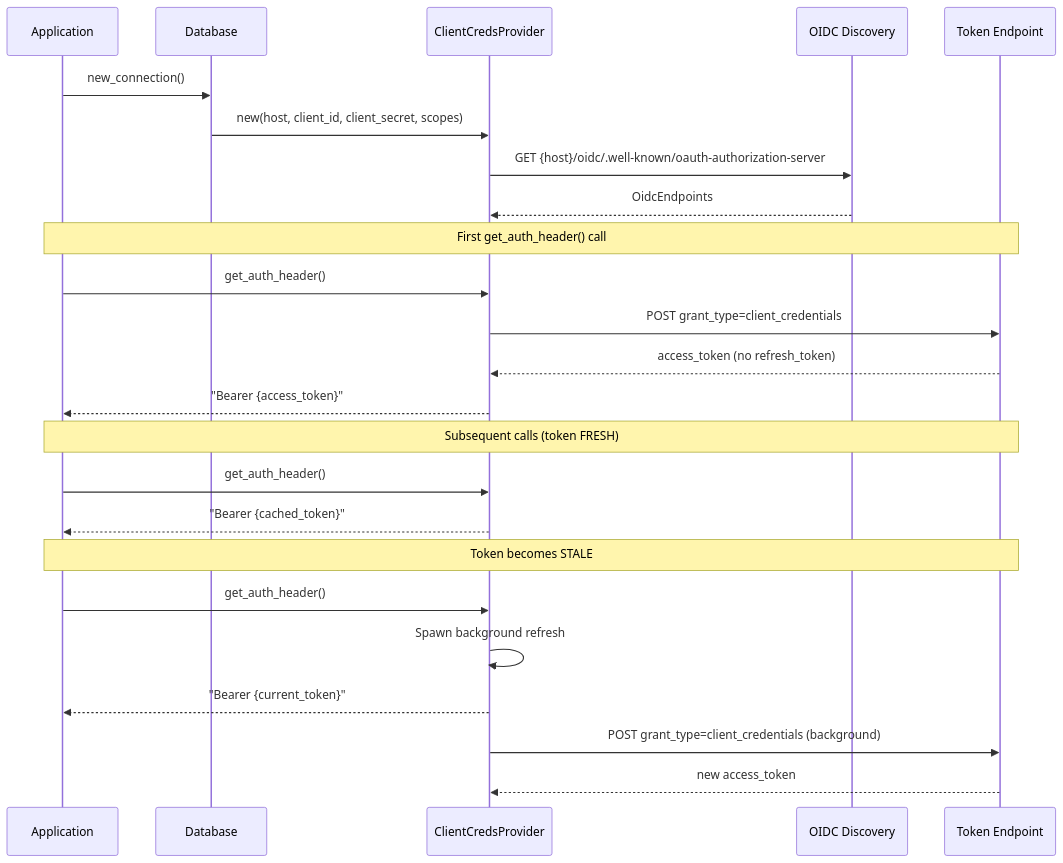
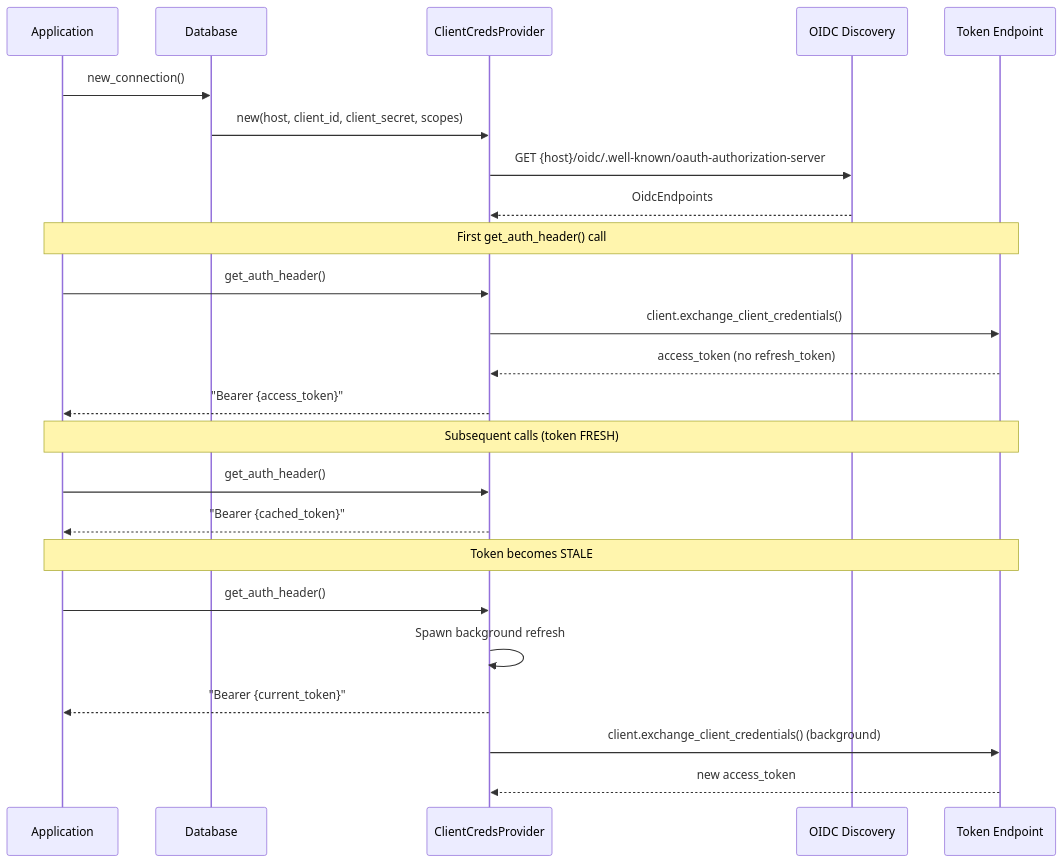
The fourth of 5 diagrams in rust/docs/designs/oauth-u2m-m2m-design.md (adbc-drivers/databricks), drawn with Mermaid before and after one commit. The commit also changed other lines of this file, not shown here.

First line of the commit message:
docs: adopt oauth2 crate and unified HTTP client in design

````diff
--- a/rust/docs/designs/oauth-u2m-m2m-design.md
+++ b/rust/docs/designs/oauth-u2m-m2m-design.md
@@ -260,30 +281,30 @@
 ```mermaid
 sequenceDiagram
     participant App as Application
     participant DB as Database
     participant M2M as ClientCredsProvider
     participant OIDC as OIDC Discovery
     participant TE as Token Endpoint
 
     App->>DB: new_connection()
     DB->>M2M: new(host, client_id, client_secret, scopes)
     M2M->>OIDC: GET {host}/oidc/.well-known/oauth-authorization-server
     OIDC-->>M2M: OidcEndpoints
 
     Note over App,TE: First get_auth_header() call
     App->>M2M: get_auth_header()
-    M2M->>TE: POST grant_type=client_credentials
+    M2M->>TE: client.exchange_client_credentials()
     TE-->>M2M: access_token (no refresh_token)
     M2M-->>App: "Bearer {access_token}"
 
     Note over App,TE: Subsequent calls (token FRESH)
     App->>M2M: get_auth_header()
     M2M-->>App: "Bearer {cached_token}"
 
     Note over App,TE: Token becomes STALE
     App->>M2M: get_auth_header()
     M2M->>M2M: Spawn background refresh
     M2M-->>App: "Bearer {current_token}"
-    M2M->>TE: POST grant_type=client_credentials (background)
+    M2M->>TE: client.exchange_client_credentials() (background)
     TE-->>M2M: new access_token
 ```
````
